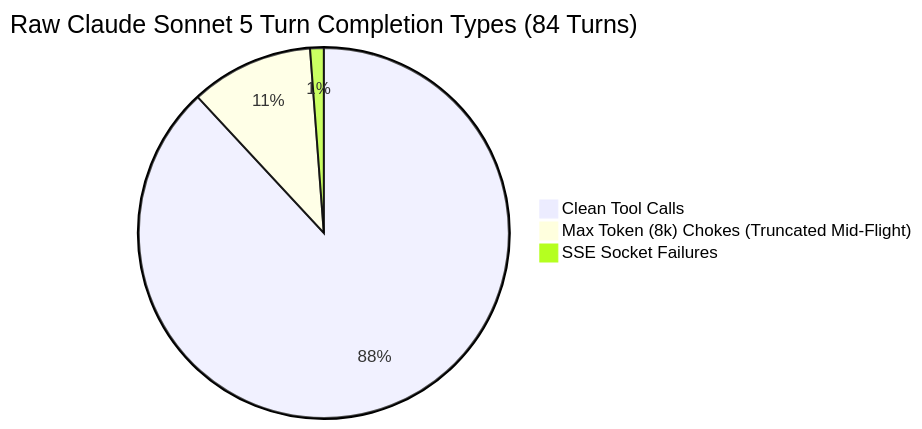
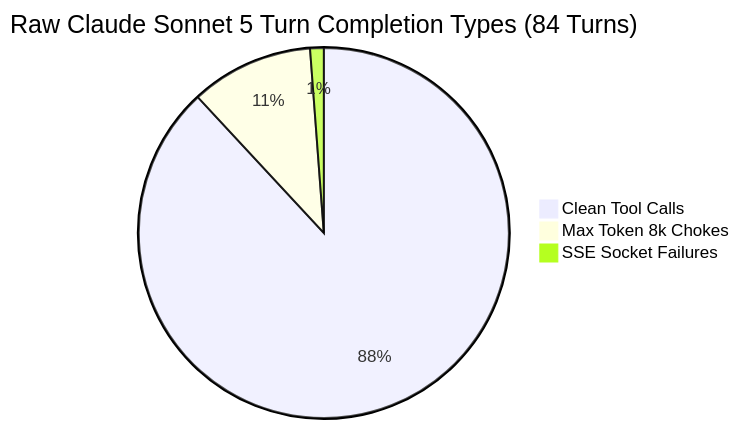
The sixth of 10 diagrams in docs/Sonnet-control-study.md (dixieflatline76/nacho-flow), drawn with Mermaid before and after one commit. The commit also changed other lines of this file and 2 other files, not shown here.

Commit message:
docs: fix mermaid diagrams for universal markdown preview compatibility

````diff
--- a/docs/Sonnet-control-study.md
+++ b/docs/Sonnet-control-study.md
@@ -281,6 +282,6 @@
 ```mermaid
 pie title Raw Claude Sonnet 5 Turn Completion Types (84 Turns)
     "Clean Tool Calls" : 74
-    "Max Token (8k) Chokes (Truncated Mid-Flight)" : 9
+    "Max Token 8k Chokes" : 9
     "SSE Socket Failures" : 1
 ```
````
